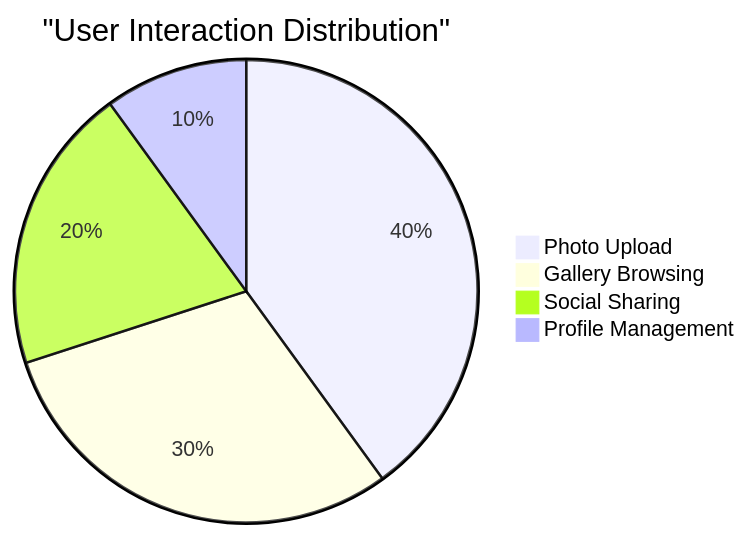
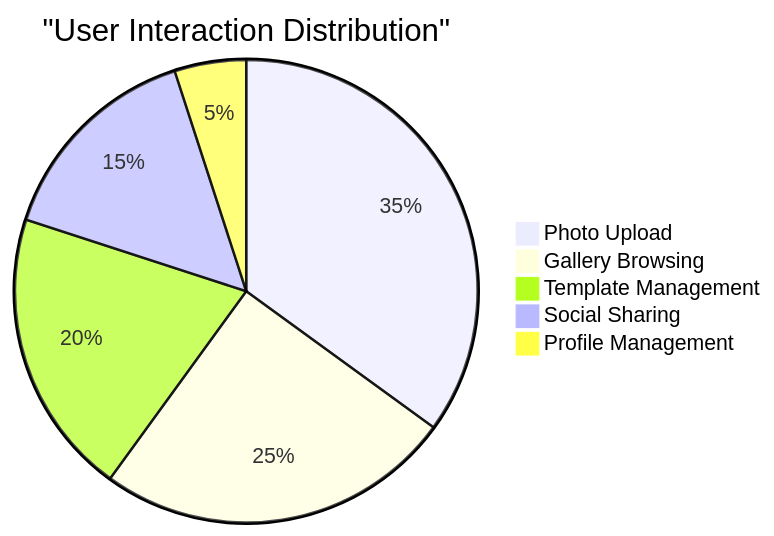
The third of 4 diagrams in docs/user-flows/user_flow_overview.md (mrj0nesmtl/cloud-burst), drawn with Mermaid before and after one commit. The commit also changed other lines of this file and 28 other files, not shown here.

Commit message:
v0.1.17: Documentation Update - Email Template Management System and Project Structure

````diff
--- a/docs/user-flows/user_flow_overview.md
+++ b/docs/user-flows/user_flow_overview.md
@@ -52,8 +57,9 @@
 ```mermaid
 pie
     title "User Interaction Distribution"
-    "Photo Upload" : 40
-    "Gallery Browsing" : 30
-    "Social Sharing" : 20
-    "Profile Management" : 10
+    "Photo Upload" : 35
+    "Gallery Browsing" : 25
+    "Template Management" : 20
+    "Social Sharing" : 15
+    "Profile Management" : 5
 ```
````
